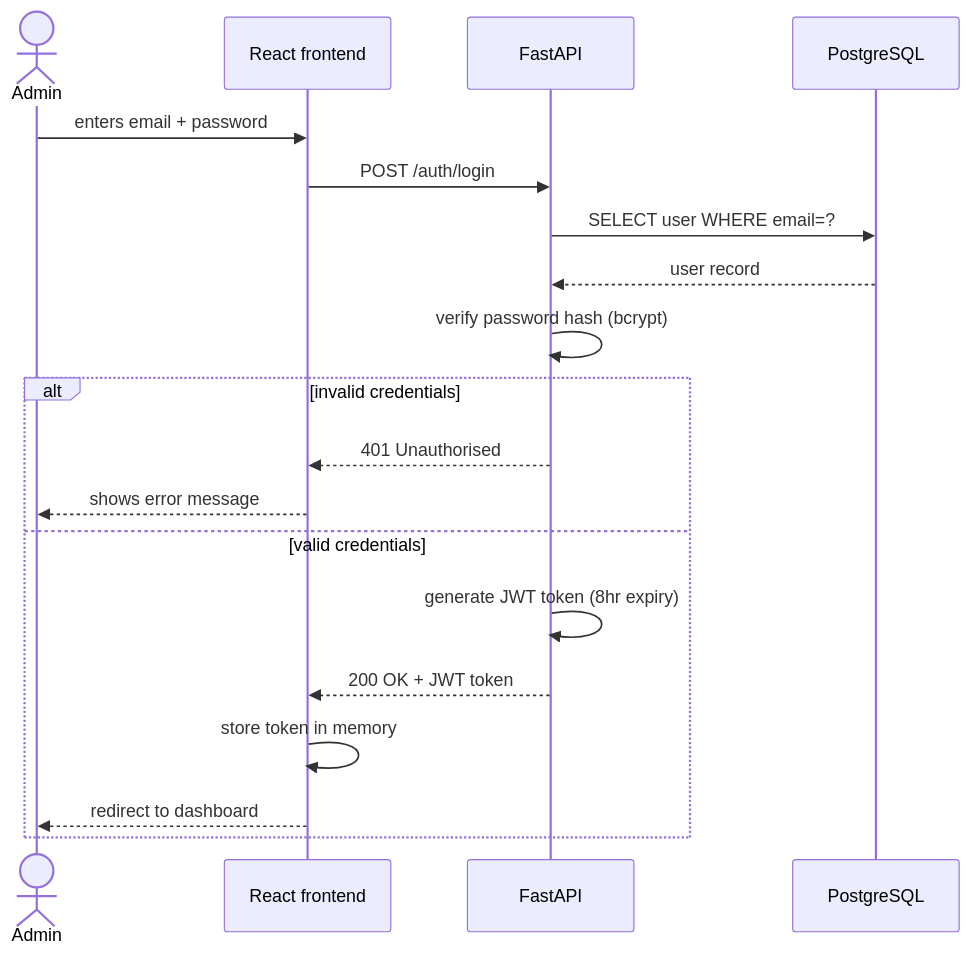
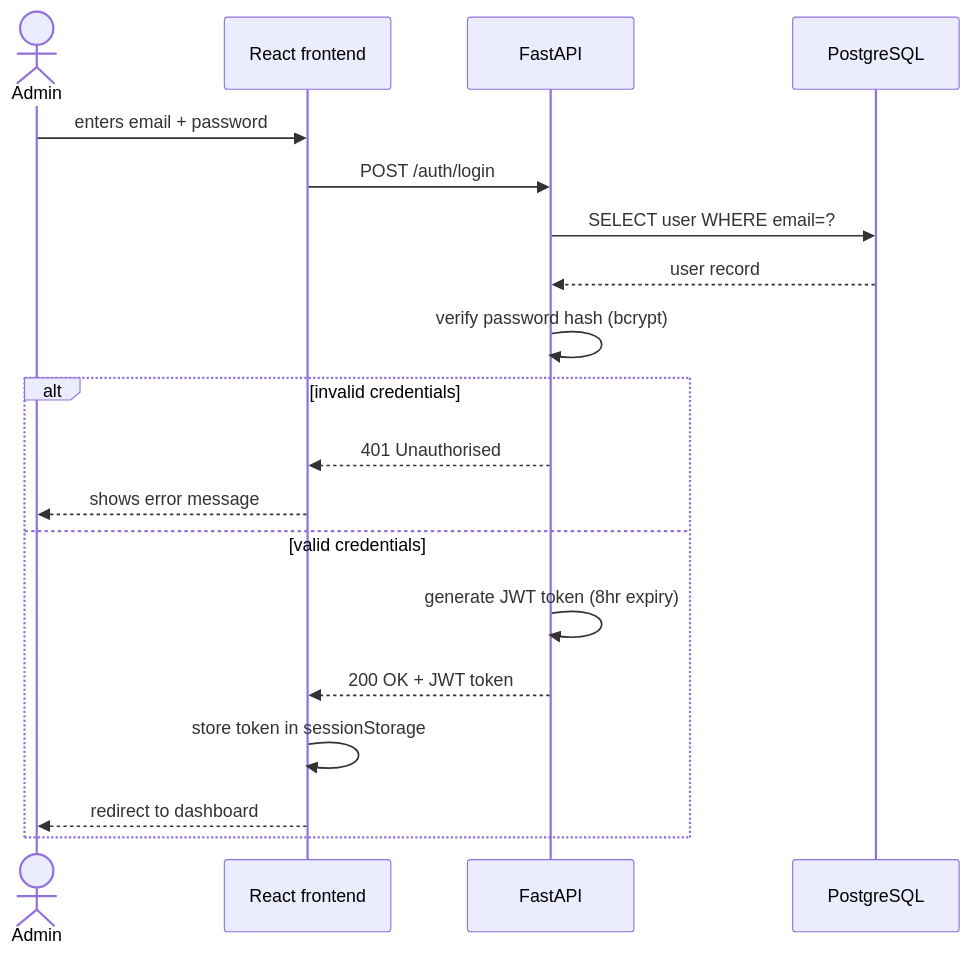
One commit to HieuPhan14/Deadline_Management_App changed the first of 3 diagrams in deadline-app/docs/sequence_diagrams.md. Above: the diagram before and after it, drawn with Mermaid. The commit also changed other lines of this file and 7 other files, not shown here.

````diff
--- a/deadline-app/docs/sequence_diagrams.md
+++ b/deadline-app/docs/sequence_diagrams.md
@@ -9,22 +9,22 @@
 ```mermaid
 sequenceDiagram
   actor Admin
   participant React as React frontend
   participant API as FastAPI
   participant DB as PostgreSQL
  
   Admin->>React: enters email + password
   React->>API: POST /auth/login
   API->>DB: SELECT user WHERE email=?
   DB-->>API: user record
   API->>API: verify password hash (bcrypt)
   alt invalid credentials
     API-->>React: 401 Unauthorised
     React-->>Admin: shows error message
   else valid credentials
     API->>API: generate JWT token (8hr expiry)
     API-->>React: 200 OK + JWT token
-    React->>React: store token in memory
+    React->>React: store token in sessionStorage
     React-->>Admin: redirect to dashboard
   end
 ```
````
